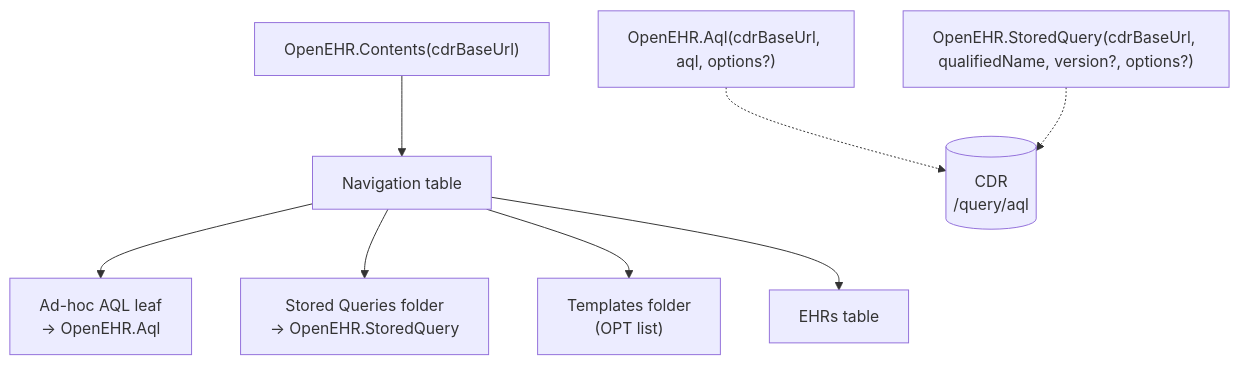
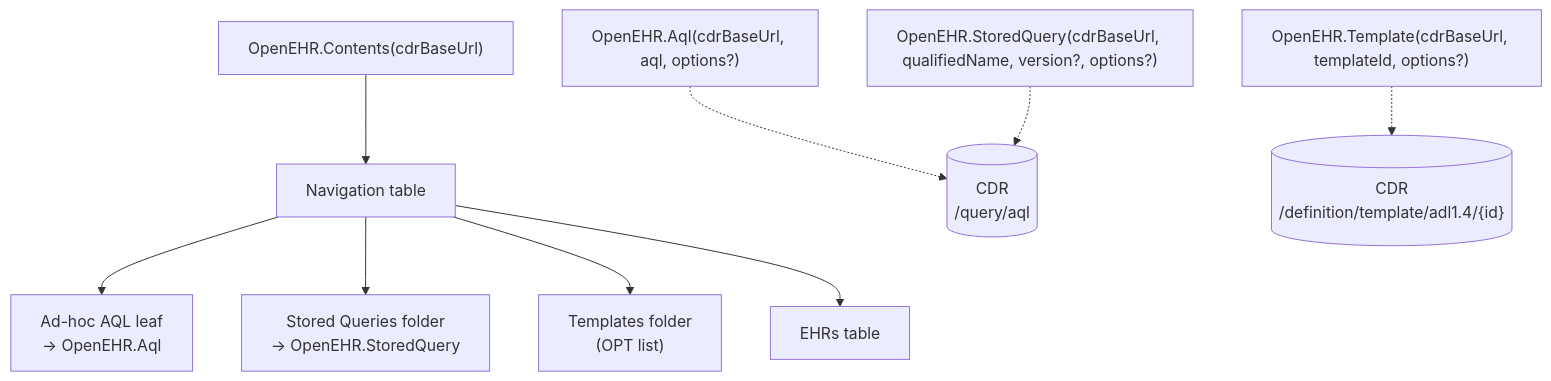
The diagram in docs/reference/functions.md (rubentalstra/powerbi-openehr-aql), drawn with Mermaid before and after one commit. The commit also changed other lines of this file and 8 other files, not shown here.

````diff
--- a/docs/reference/functions.md
+++ b/docs/reference/functions.md
@@ -7,10 +7,11 @@
 ```mermaid
 flowchart TD
     C["OpenEHR.Contents(cdrBaseUrl)"] --> N[Navigation table]
     N --> AA["Ad-hoc AQL leaf<br/>→ OpenEHR.Aql"]
     N --> SQ["Stored Queries folder<br/>→ OpenEHR.StoredQuery"]
     N --> TP["Templates folder<br/>(OPT list)"]
     N --> EH["EHRs table"]
     A["OpenEHR.Aql(cdrBaseUrl, aql, options?)"] -.-> CDR[("CDR<br/>/query/aql")]
     SQ2["OpenEHR.StoredQuery(cdrBaseUrl, qualifiedName, version?, options?)"] -.-> CDR
+    T["OpenEHR.Template(cdrBaseUrl, templateId, options?)"] -.-> CDR2[("CDR<br/>/definition/template/adl1.4/{id}")]
 ```
````
